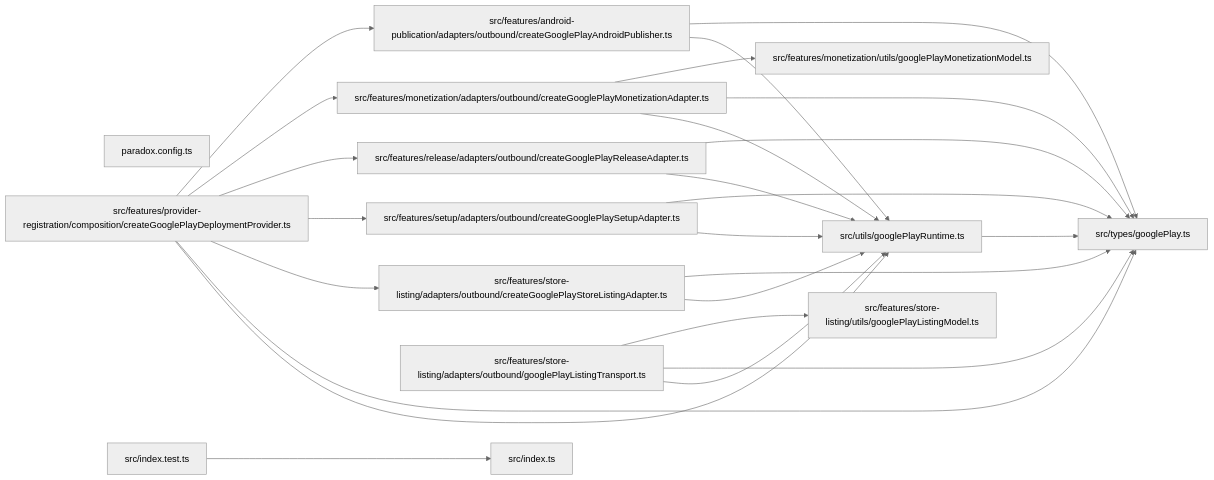
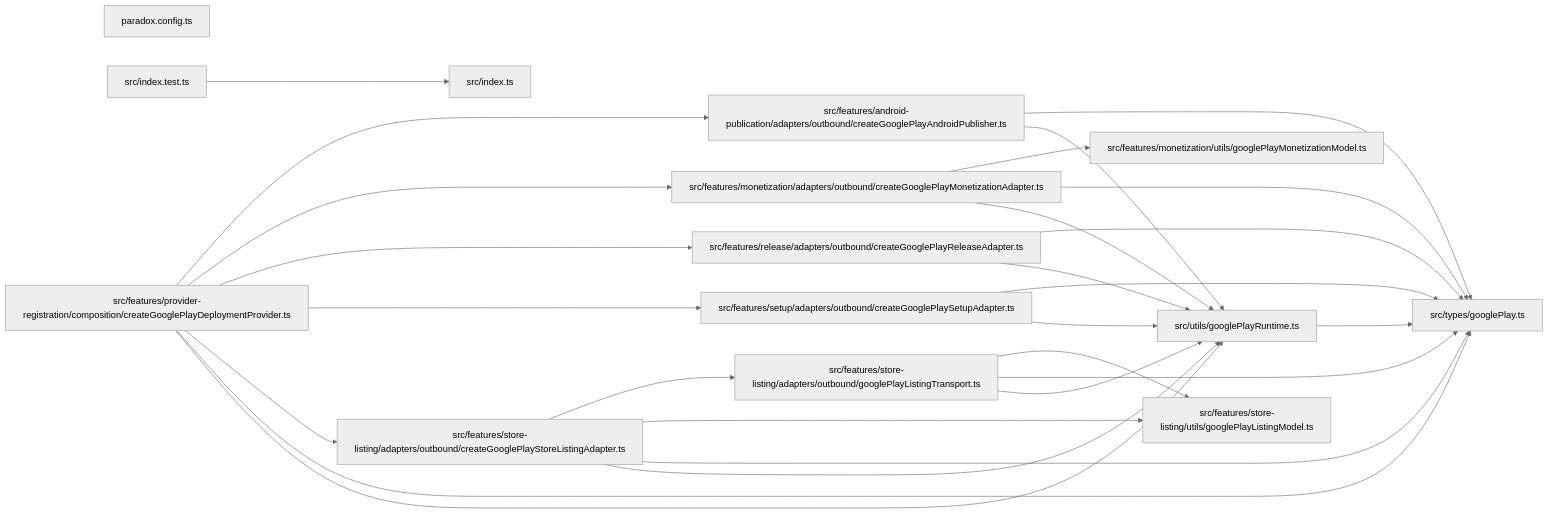
Before and after one commit to ankhorage/deploy-provider-google-play: the diagram in paradox/diagrams/module-relationships.mmd, drawn with Mermaid (neutral theme). The commit also changed 4 other files, not shown here.

Commit message:
chore: prepare Google Play provider [prepared]

```diff
--- a/paradox/diagrams/module-relationships.mmd
+++ b/paradox/diagrams/module-relationships.mmd
@@ -1,38 +1,40 @@
 graph LR
   module_paradox_config_ts["paradox.config.ts"]
   module_src_features_android_publication_adapters_outbound_createGooglePlayAndroidPublisher_ts["src/features/android-publication/adapters/outbound/createGooglePlayAndroidPublisher.ts"]
   module_src_features_monetization_adapters_outbound_createGooglePlayMonetizationAdapter_ts["src/features/monetization/adapters/outbound/createGooglePlayMonetizationAdapter.ts"]
   module_src_features_monetization_utils_googlePlayMonetizationModel_ts["src/features/monetization/utils/googlePlayMonetizationModel.ts"]
   module_src_features_provider_registration_composition_createGooglePlayDeploymentProvider_ts["src/features/provider-registration/composition/createGooglePlayDeploymentProvider.ts"]
   module_src_features_release_adapters_outbound_createGooglePlayReleaseAdapter_ts["src/features/release/adapters/outbound/createGooglePlayReleaseAdapter.ts"]
   module_src_features_setup_adapters_outbound_createGooglePlaySetupAdapter_ts["src/features/setup/adapters/outbound/createGooglePlaySetupAdapter.ts"]
   module_src_features_store_listing_adapters_outbound_createGooglePlayStoreListingAdapter_ts["src/features/store-listing/adapters/outbound/createGooglePlayStoreListingAdapter.ts"]
   module_src_features_store_listing_adapters_outbound_googlePlayListingTransport_ts["src/features/store-listing/adapters/outbound/googlePlayListingTransport.ts"]
   module_src_features_store_listing_utils_googlePlayListingModel_ts["src/features/store-listing/utils/googlePlayListingModel.ts"]
   module_src_index_test_ts["src/index.test.ts"]
   module_src_index_ts["src/index.ts"]
   module_src_types_googlePlay_ts["src/types/googlePlay.ts"]
   module_src_utils_googlePlayRuntime_ts["src/utils/googlePlayRuntime.ts"]
   module_src_features_android_publication_adapters_outbound_createGooglePlayAndroidPublisher_ts --> module_src_types_googlePlay_ts
   module_src_features_android_publication_adapters_outbound_createGooglePlayAndroidPublisher_ts --> module_src_utils_googlePlayRuntime_ts
   module_src_features_monetization_adapters_outbound_createGooglePlayMonetizationAdapter_ts --> module_src_features_monetization_utils_googlePlayMonetizationModel_ts
   module_src_features_monetization_adapters_outbound_createGooglePlayMonetizationAdapter_ts --> module_src_types_googlePlay_ts
   module_src_features_monetization_adapters_outbound_createGooglePlayMonetizationAdapter_ts --> module_src_utils_googlePlayRuntime_ts
   module_src_features_provider_registration_composition_createGooglePlayDeploymentProvider_ts --> module_src_features_android_publication_adapters_outbound_createGooglePlayAndroidPublisher_ts
   module_src_features_provider_registration_composition_createGooglePlayDeploymentProvider_ts --> module_src_features_monetization_adapters_outbound_createGooglePlayMonetizationAdapter_ts
   module_src_features_provider_registration_composition_createGooglePlayDeploymentProvider_ts --> module_src_features_release_adapters_outbound_createGooglePlayReleaseAdapter_ts
   module_src_features_provider_registration_composition_createGooglePlayDeploymentProvider_ts --> module_src_features_setup_adapters_outbound_createGooglePlaySetupAdapter_ts
   module_src_features_provider_registration_composition_createGooglePlayDeploymentProvider_ts --> module_src_features_store_listing_adapters_outbound_createGooglePlayStoreListingAdapter_ts
   module_src_features_provider_registration_composition_createGooglePlayDeploymentProvider_ts --> module_src_types_googlePlay_ts
   module_src_features_provider_registration_composition_createGooglePlayDeploymentProvider_ts --> module_src_utils_googlePlayRuntime_ts
   module_src_features_release_adapters_outbound_createGooglePlayReleaseAdapter_ts --> module_src_types_googlePlay_ts
   module_src_features_release_adapters_outbound_createGooglePlayReleaseAdapter_ts --> module_src_utils_googlePlayRuntime_ts
   module_src_features_setup_adapters_outbound_createGooglePlaySetupAdapter_ts --> module_src_types_googlePlay_ts
   module_src_features_setup_adapters_outbound_createGooglePlaySetupAdapter_ts --> module_src_utils_googlePlayRuntime_ts
+  module_src_features_store_listing_adapters_outbound_createGooglePlayStoreListingAdapter_ts --> module_src_features_store_listing_adapters_outbound_googlePlayListingTransport_ts
+  module_src_features_store_listing_adapters_outbound_createGooglePlayStoreListingAdapter_ts --> module_src_features_store_listing_utils_googlePlayListingModel_ts
   module_src_features_store_listing_adapters_outbound_createGooglePlayStoreListingAdapter_ts --> module_src_types_googlePlay_ts
   module_src_features_store_listing_adapters_outbound_createGooglePlayStoreListingAdapter_ts --> module_src_utils_googlePlayRuntime_ts
   module_src_features_store_listing_adapters_outbound_googlePlayListingTransport_ts --> module_src_features_store_listing_utils_googlePlayListingModel_ts
   module_src_features_store_listing_adapters_outbound_googlePlayListingTransport_ts --> module_src_types_googlePlay_ts
   module_src_features_store_listing_adapters_outbound_googlePlayListingTransport_ts --> module_src_utils_googlePlayRuntime_ts
   module_src_index_test_ts --> module_src_index_ts
   module_src_utils_googlePlayRuntime_ts --> module_src_types_googlePlay_ts
```
